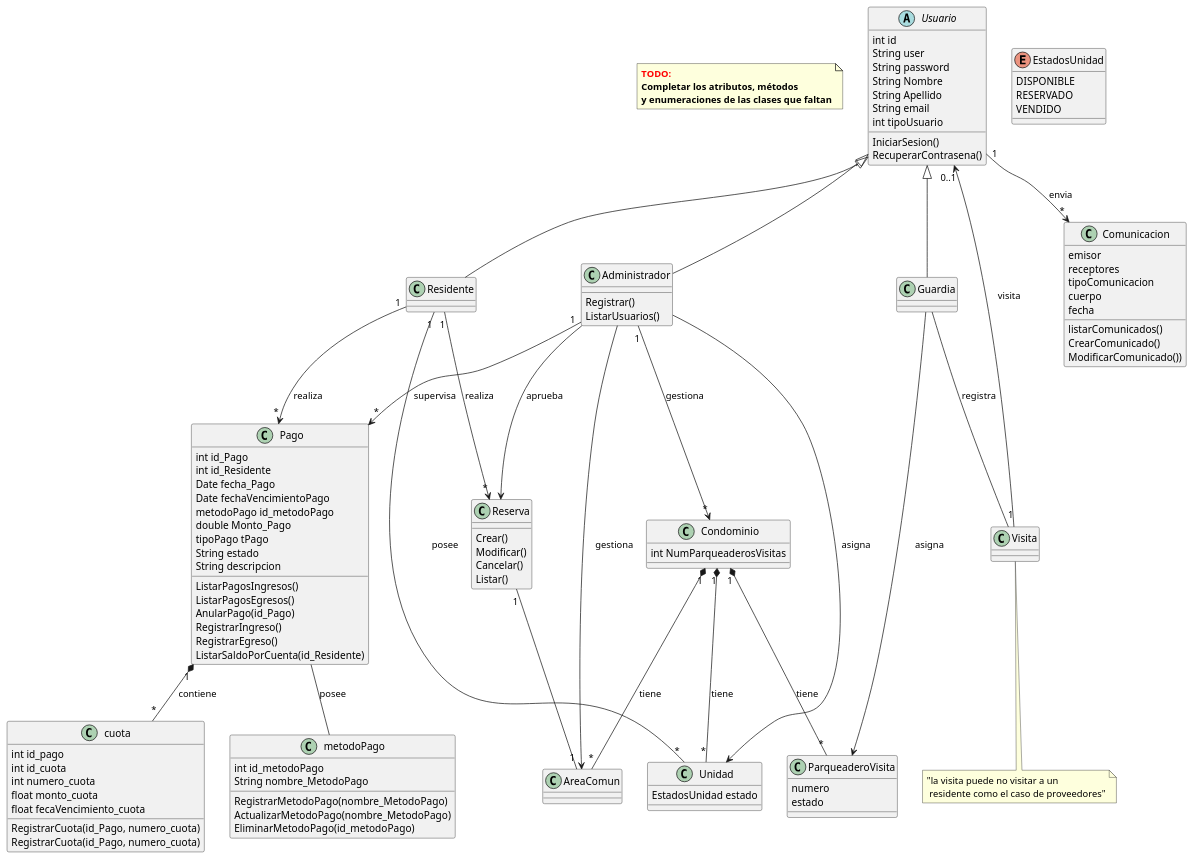
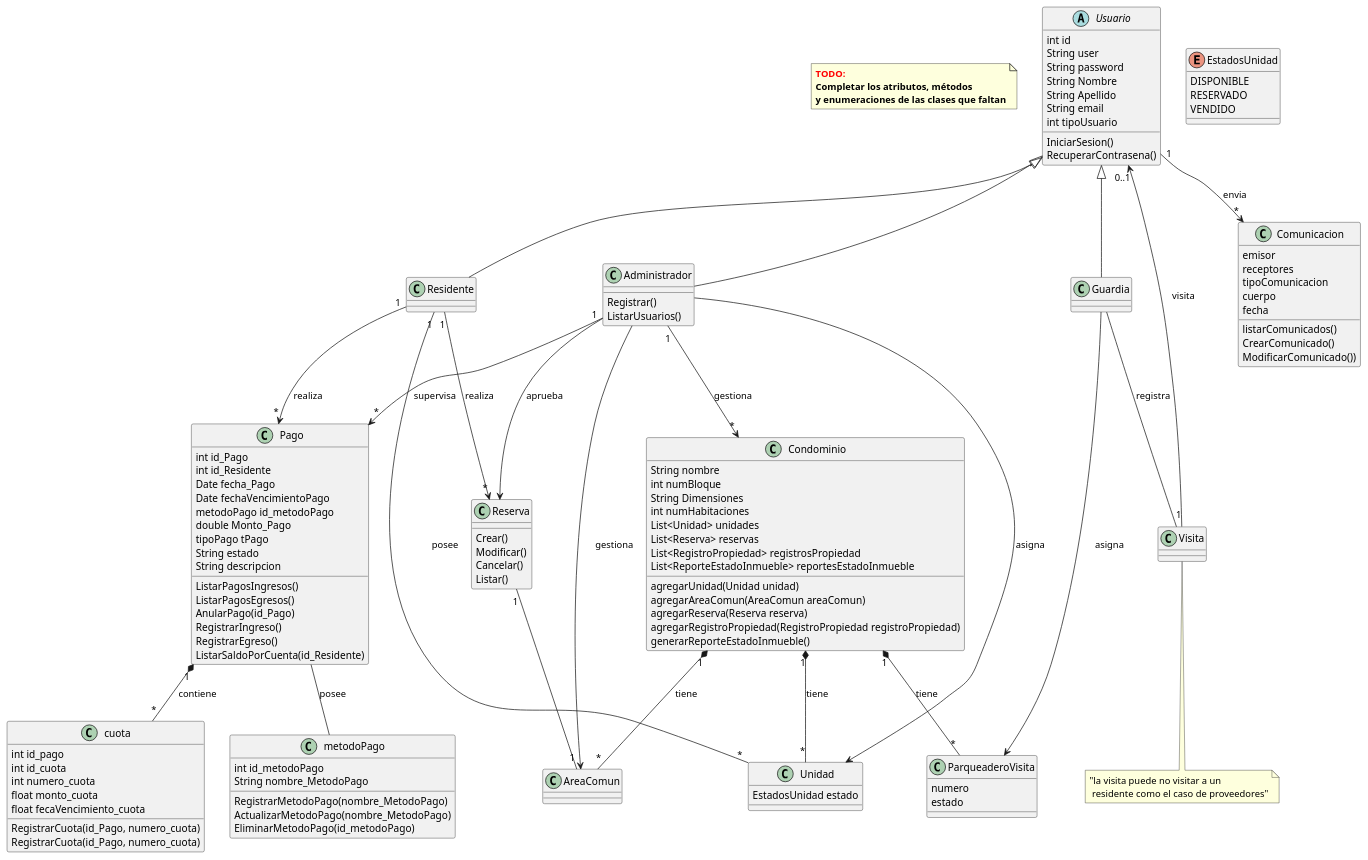
Before and after one commit to richardriverag/Condominio: the diagram in src/main/java/condominio/DiagramaDeClases.puml, drawn with PlantUML.

```diff
--- a/src/main/java/condominio/DiagramaDeClases.puml
+++ b/src/main/java/condominio/DiagramaDeClases.puml
@@ -1,139 +1,153 @@
 @startuml
 'https://plantuml.com/class-diagram
 note as N1
     <b><color: Red>TODO:
     <b>Completar los atributos, métodos
     <b>y enumeraciones de las clases que faltan
 end note
 abstract class Usuario
 {
     {field} int id
     {field} String user
     {field} String password
     {field} String Nombre
     {field} String Apellido
     {field} String email
     {field} int tipoUsuario
     {method} IniciarSesion()
     {method} RecuperarContrasena()
 }
 class Administrador 
 {
     {method} Registrar()
     {method} ListarUsuarios()
 }
 class Residente
 class Guardia
 class Condominio
 {
-    int NumParqueaderosVisitas
+    
+    String nombre
+    int numBloque
+    String Dimensiones
+    int numHabitaciones
+    List<Unidad> unidades
+    List<Reserva> reservas
+    List<RegistroPropiedad> registrosPropiedad
+    List<ReporteEstadoInmueble> reportesEstadoInmueble
+    
+    {method} agregarUnidad(Unidad unidad)
+    {method} agregarAreaComun(AreaComun areaComun)
+    {method} agregarReserva(Reserva reserva)
+    {method} agregarRegistroPropiedad(RegistroPropiedad registroPropiedad)
+    {method} generarReporteEstadoInmueble()
 }
 class Unidad
 {
     {field} EstadosUnidad estado
 }
 ' enumeración de estados: disponible, reservado, vendido
 enum EstadosUnidad {
  DISPONIBLE
  RESERVADO
  VENDIDO
 }
 class Reserva{
     {method} Crear()
     {method} Modificar()
     {method} Cancelar()
     {method} Listar()
 }
 class AreaComun
 class Visita
 note bottom: "la visita puede no visitar a un \n residente como el caso de proveedores"
 
 class Pago
 {
     {field} int id_Pago
     {field} int id_Residente
     {field} Date fecha_Pago
     {field} Date fechaVencimientoPago
     {field} metodoPago id_metodoPago
      'enum metodoPago: efectivo, tarjetas de crédito'
     {field} double Monto_Pago
     {field} tipoPago tPago
     'enum alicuota o extraordinaria'
     'tarjetas de débito o transferencia'
     {field} String estado
     'enum ingreso o egreso'
     {field} String descripcion
    {method} ListarPagosIngresos()
    {method} ListarPagosEgresos()
    {method} AnularPago(id_Pago)
    {method} RegistrarIngreso()
    {method} RegistrarEgreso()
    {method} ListarSaldoPorCuenta(id_Residente)
 }
 
 class cuota{
     {field} int id_pago
     {field} int id_cuota
     {field} int numero_cuota
     {field} float monto_cuota
     {field} float fecaVencimiento_cuota
     {method} RegistrarCuota(id_Pago, numero_cuota)
     {method} RegistrarCuota(id_Pago, numero_cuota)
 }
 
 class metodoPago{
     {field} int id_metodoPago
     {field} String nombre_MetodoPago
     {method} RegistrarMetodoPago(nombre_MetodoPago)
     {method} ActualizarMetodoPago(nombre_MetodoPago)
     {method} EliminarMetodoPago(id_metodoPago)
 }
 
 
 
 class ParqueaderoVisita
 {
     {field} numero
     {field} estado
     ' enumeración de estados: disponible u ocupado
 }
 
 class Comunicacion
 {
     {field} emisor
     {field} receptores
     {field} tipoComunicacion
     'enumeración tipoComunicacion:
     'alerta, directo, anuncio, visita, reservas, pagos
     {field} cuerpo
     {field} fecha
     {method} listarComunicados()
     {method} CrearComunicado()
     {method} ModificarComunicado())
 }
 
 Usuario <|-- Administrador
 Usuario <|-- Residente
 Usuario <|-- Guardia
 Administrador "1"--> "*" Condominio: gestiona
 Administrador --> AreaComun: gestiona
 Administrador --> Reserva: aprueba
 Residente "1"-- "*"Unidad: posee
 Condominio "1" *-- "*"Unidad: tiene
 Condominio "1"*-- "*"AreaComun: tiene
 Condominio "1"*-- "*"ParqueaderoVisita: tiene
 Guardia -- Visita: registra
 Guardia --> ParqueaderoVisita: asigna
 'Residente -- AreaComun
 Reserva "1" -- "1" AreaComun
 Usuario "0..1"<-- "1"Visita: visita
 Residente "1" --> "*"Reserva: realiza
 Residente "1" --> "*" Pago: realiza
 Administrador --> Unidad: asigna
 Usuario "1" --> "*" Comunicacion: envia
 Administrador"1" --> "*"Pago: supervisa
 
 Pago "1" *-- "*"cuota: contiene
 Pago -- metodoPago: posee
 'una enumeración para los tipos de unidades
 @enduml
```
